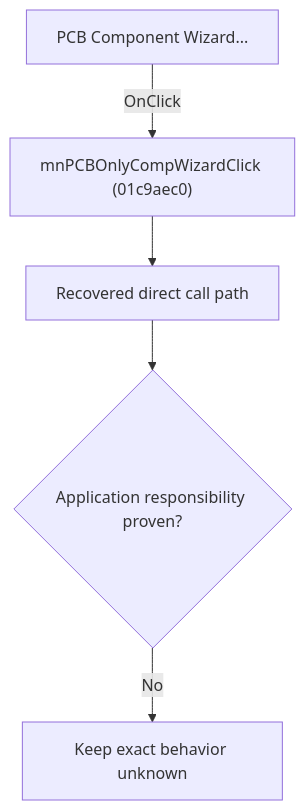
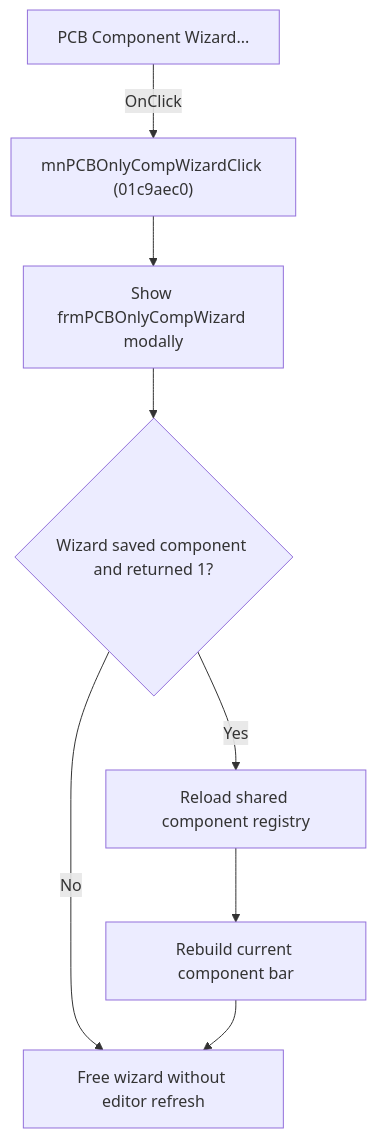
The diagram in docs/ui-controls/schematiceditor/mnpcbonlycompwizard-dc99b65216.md (MovGP0/TIARA), drawn with Mermaid before and after one commit. The commit also changed other lines of this file and 241 other files, not shown here.

````diff
--- a/docs/ui-controls/schematiceditor/mnpcbonlycompwizard-dc99b65216.md
+++ b/docs/ui-controls/schematiceditor/mnpcbonlycompwizard-dc99b65216.md
@@ -27,7 +29,10 @@
 ```mermaid
 flowchart TD
-    control["PCB Component Wizard..."] -->|"OnClick"| handler["mnPCBOnlyCompWizardClick (01c9aec0)"]
-    handler --> recovered["Recovered direct call path"]
-    recovered --> gap{"Application responsibility proven?"}
-    gap -->|"No"| blocked["Keep exact behavior unknown"]
+    control["PCB Component Wizard..."] -->|OnClick| handler["mnPCBOnlyCompWizardClick (01c9aec0)"]
+    handler --> modal["Show frmPCBOnlyCompWizard modally"]
+    modal --> saved{"Wizard saved component and returned 1?"}
+    saved -->|No| free["Free wizard without editor refresh"]
+    saved -->|Yes| reload["Reload shared component registry"]
+    reload --> rebuild["Rebuild current component bar"]
+    rebuild --> free
 ```
````
